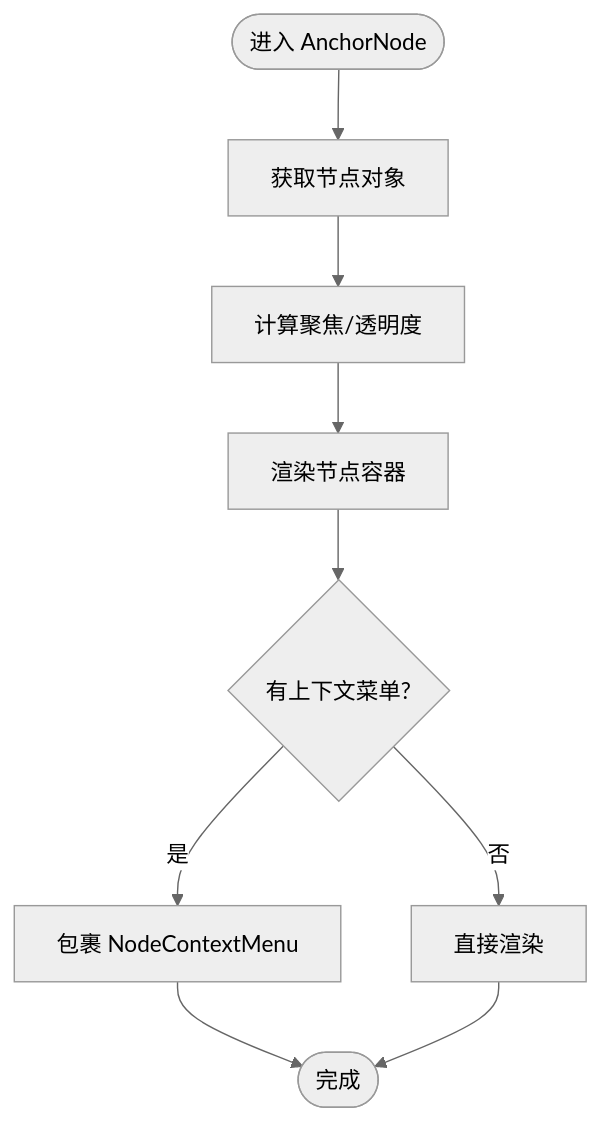
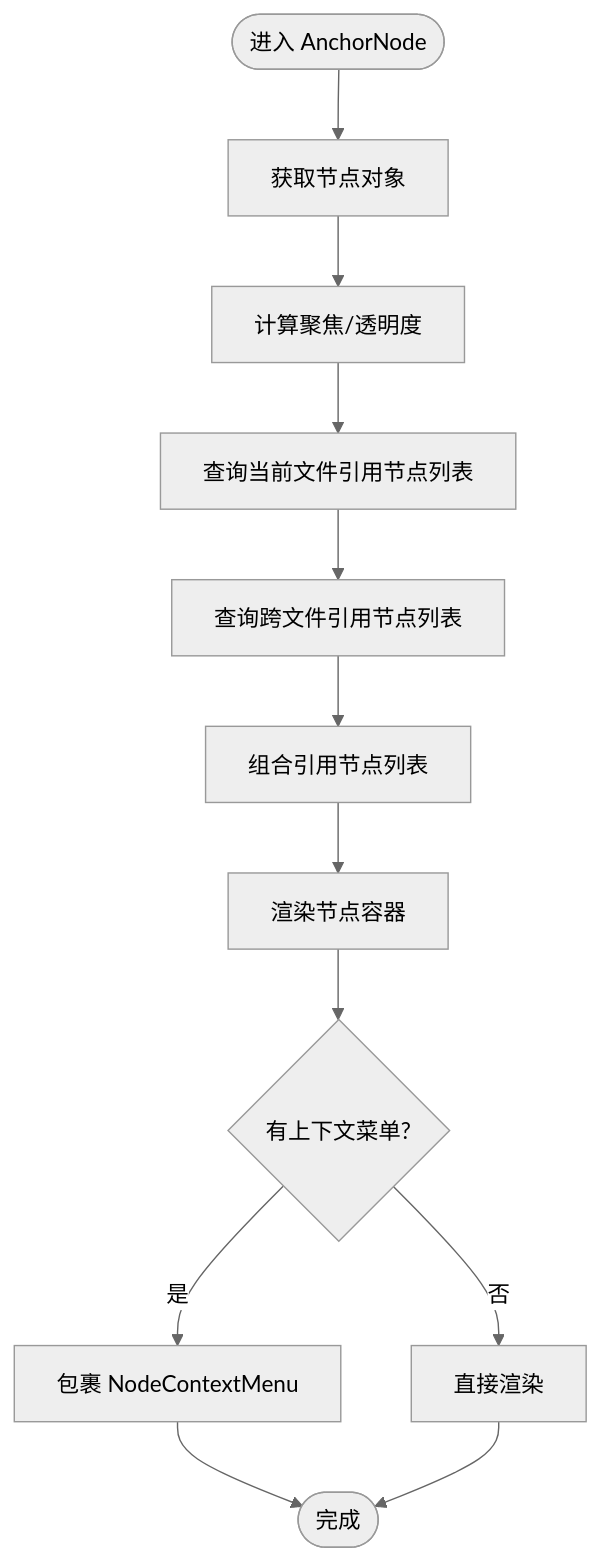
One commit to kqcoxn/MaaPipelineEditor changed the third of 11 diagrams in .qoder/repowiki/zh/content/核心概念/节点系统/Anchor节点.md. Above: the diagram before and after it, drawn with Mermaid (neutral theme). The commit also changed other lines of this file and 19 other files, not shown here.

````diff
--- a/.qoder/repowiki/zh/content/核心概念/节点系统/Anchor节点.md
+++ b/.qoder/repowiki/zh/content/核心概念/节点系统/Anchor节点.md
@@ -144,11 +199,14 @@
 ```mermaid
 flowchart TD
 Start(["进入 AnchorNode"]) --> GetNode["获取节点对象"]
 GetNode --> ComputeFocus["计算聚焦/透明度"]
-ComputeFocus --> Render["渲染节点容器"]
+ComputeFocus --> GetRefs["查询当前文件引用节点列表"]
+GetRefs --> GetCrossFileRefs["查询跨文件引用节点列表"]
+GetCrossFileRefs --> CombineRefs["组合引用节点列表"]
+CombineRefs --> Render["渲染节点容器"]
 Render --> HasCtx{"有上下文菜单?"}
 HasCtx --> |是| WrapCtx["包裹 NodeContextMenu"]
 HasCtx --> |否| Direct["直接渲染"]
 WrapCtx --> End(["完成"])
 Direct --> End
 ```
````
